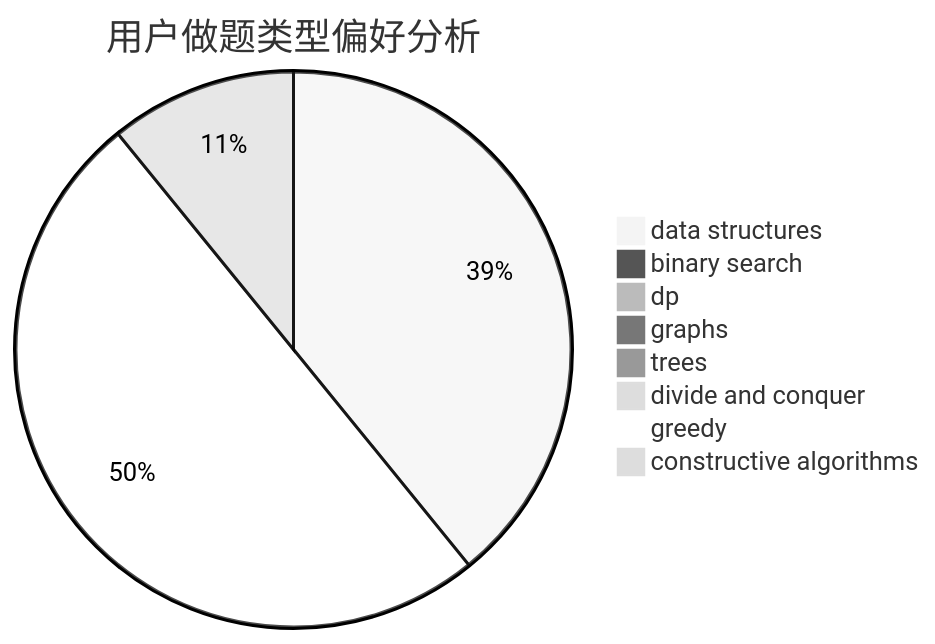
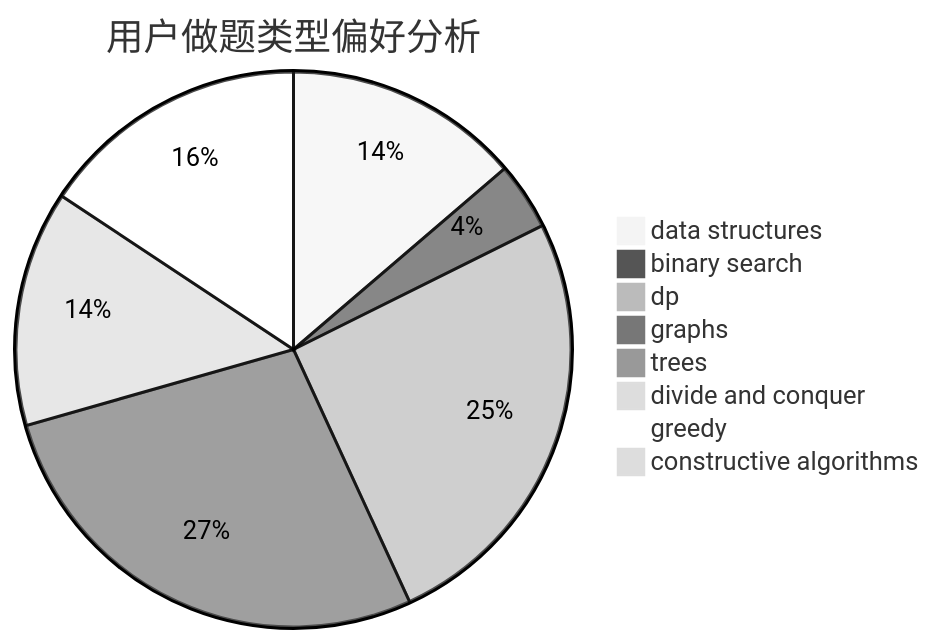
Before and after one commit to sherpahu/cfrs.github.io: the second of 3 diagrams in docs/user/u1649.md, drawn with Mermaid (neutral theme). The commit also changed other lines of this file and 2770 other files, not shown here.

````diff
--- a/docs/user/u1649.md
+++ b/docs/user/u1649.md
@@ -23,11 +23,11 @@
 ```mermaid
 pie title 用户做题类型偏好分析
-    "data structures" :  18
-    "binary search" :  0
-    "dp" :  0
-    "graphs" :  0
+    "data structures" :  7
+    "binary search" :  2
+    "dp" :  13
+    "graphs" :  14
     "trees" :  0
-    "divide and conquer" :  0
-    "greedy" :  23
-    "constructive algorithms" :  5
+    "divide and conquer" :  7
+    "greedy" :  8
+    "constructive algorithms" :  0
 ```
````
